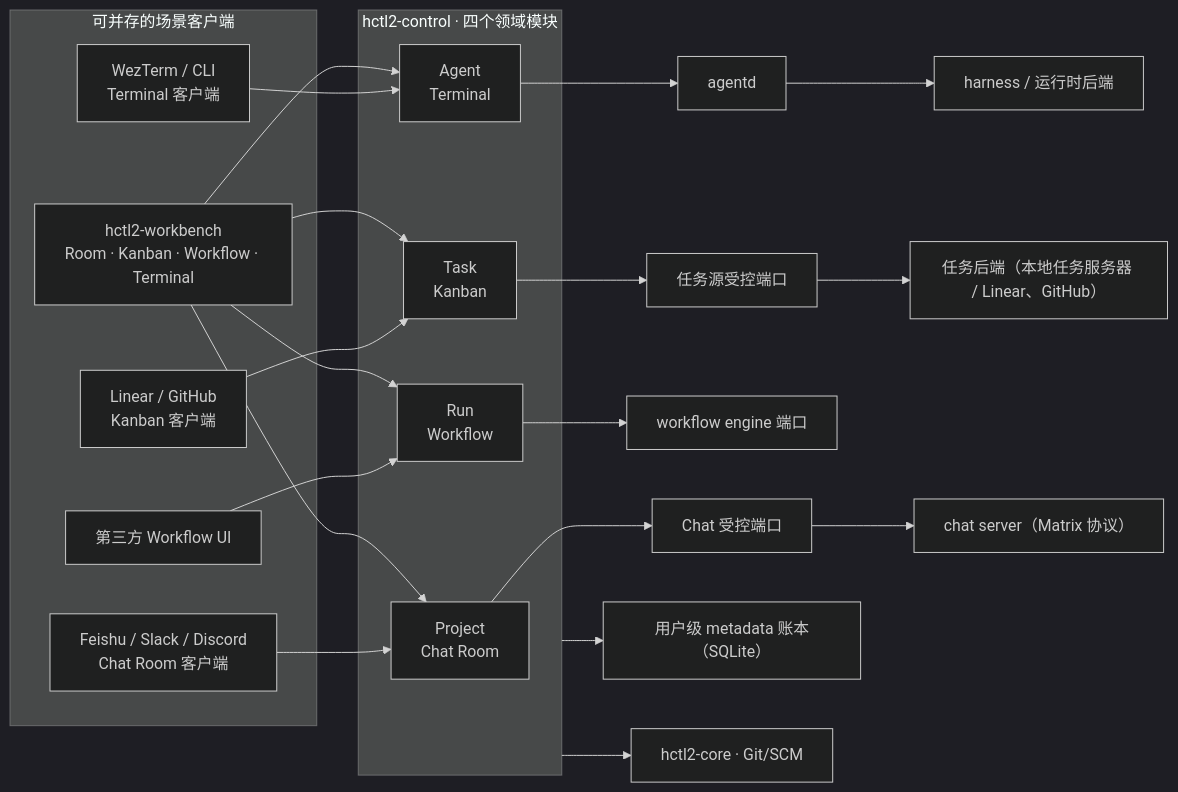
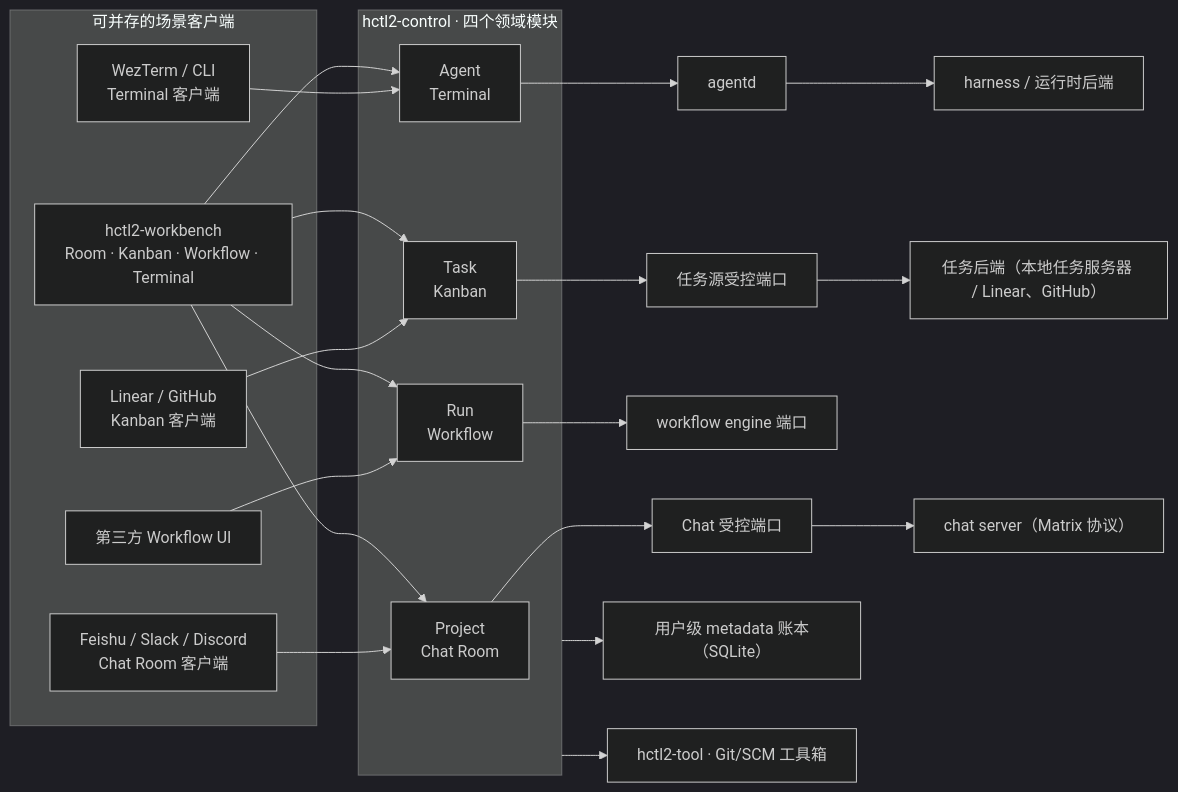
One commit to yesme/hctl2 changed the second of 2 diagrams in README.md. Above: the diagram before and after it, drawn with Mermaid (dark theme). The commit also changed other lines of this file and 14 other files, not shown here.

First line of the commit message:
docs: v0.12.0 — four-stage build order, packaging strategy, core renamed to hctl2-tool

````diff
--- a/README.md
+++ b/README.md
@@ -98,37 +98,37 @@
 ```mermaid
 flowchart LR
     subgraph Clients["可并存的场景客户端"]
         Bench["hctl2-workbench\nRoom · Kanban · Workflow · Terminal"]
         chat_client["Feishu / Slack / Discord\nChat Room 客户端"]
         task_client["Linear / GitHub\nKanban 客户端"]
         workflow_client["第三方 Workflow UI"]
         terminal_client["WezTerm / CLI\nTerminal 客户端"]
     end
 
     subgraph Control["hctl2-control · 四个领域模块"]
         P["Project\nChat Room"]
         T["Task\nKanban"]
         R["Run\nWorkflow"]
         H["Agent\nTerminal"]
     end
 
     Bench --> P
     Bench --> T
     Bench --> R
     Bench --> H
     chat_client --> P
     task_client --> T
     workflow_client --> R
     terminal_client --> H
 
     P --> chat_port["Chat 受控端口"]
     chat_port --> chat_srv["chat server（Matrix 协议）"]
     T --> task_source["任务源受控端口"]
     task_source --> task_backend["任务后端（本地任务服务器 / Linear、GitHub）"]
     R --> Engine["workflow engine 端口"]
     H --> Agentd["agentd"]
     Agentd --> Runtime["harness / 运行时后端"]
 
     Control --> DB["用户级 metadata 账本（SQLite）"]
-    Control --> Core["hctl2-core · Git/SCM"]
+    Control --> Tool["hctl2-tool · Git/SCM 工具箱"]
 ```
````
